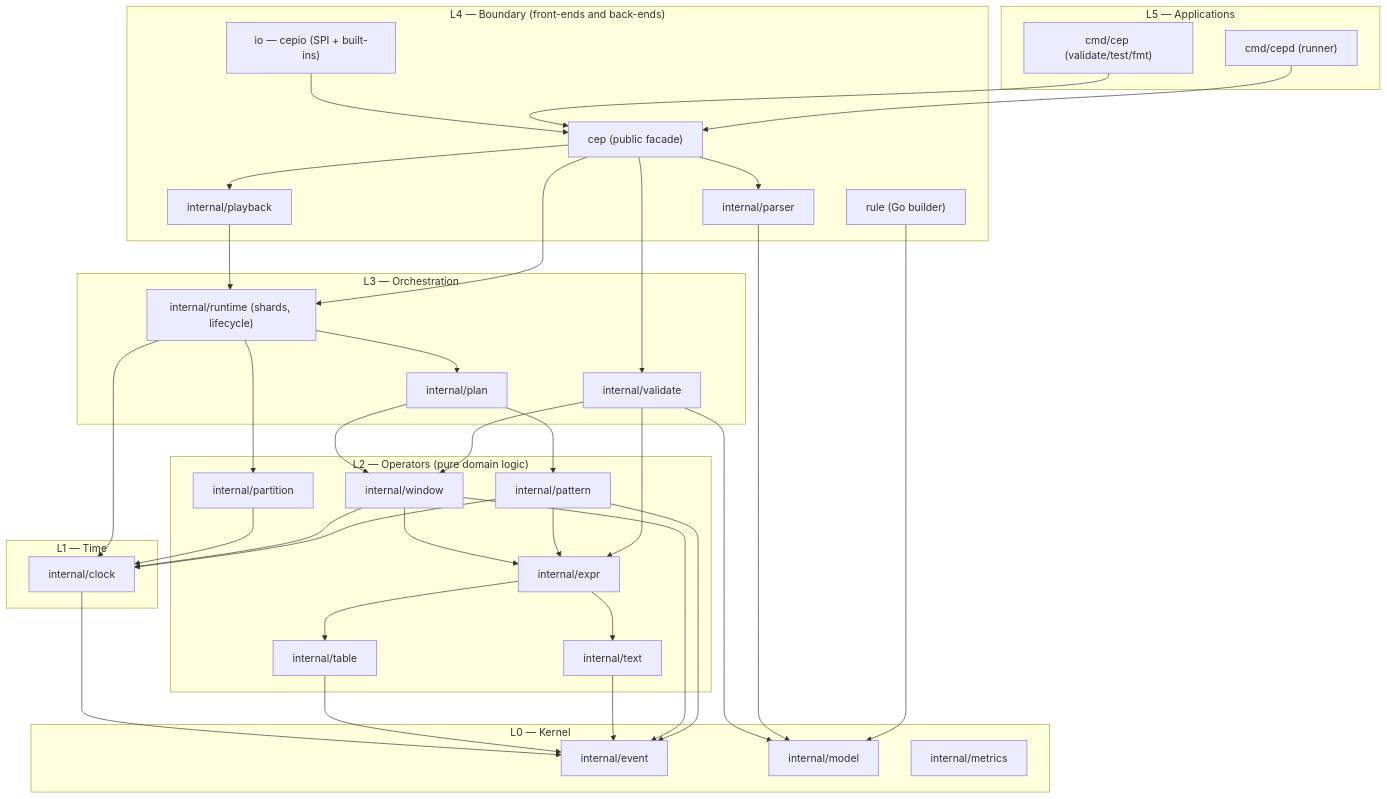
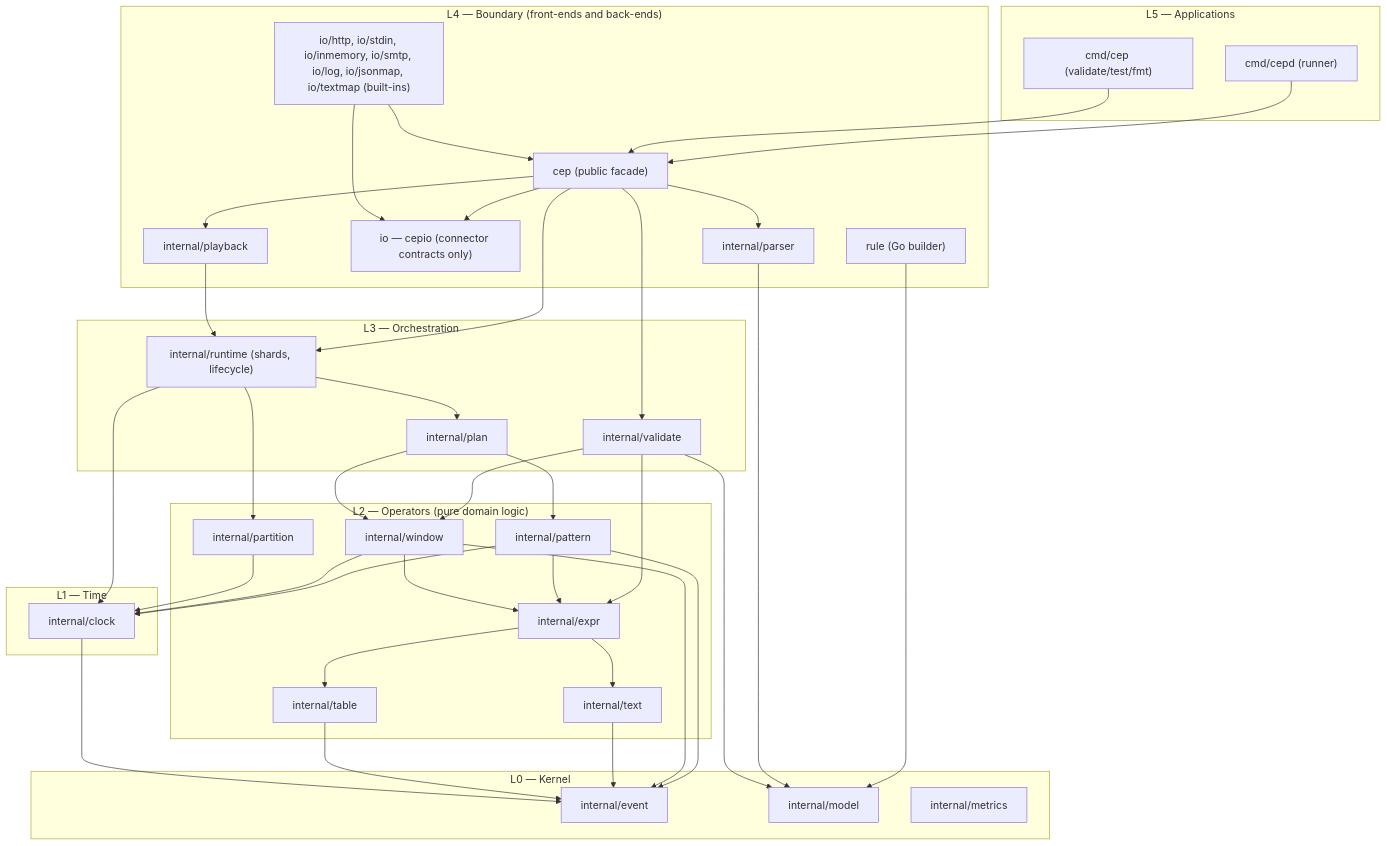
The second of 6 diagrams in docs/architecture/ARCHITECTURE.md (VORSAR/cep), drawn with Mermaid before and after one commit. The commit also changed other lines of this file and 9 other files, not shown here.

````diff
--- a/docs/architecture/ARCHITECTURE.md
+++ b/docs/architecture/ARCHITECTURE.md
@@ -38,32 +38,32 @@
 ```mermaid
 graph TB
     subgraph "L5 — Applications"
         CEPD["cmd/cepd (runner)"]; CEPCLI["cmd/cep (validate/test/fmt)"]
     end
     subgraph "L4 — Boundary (front-ends and back-ends)"
-        PUB["cep (public facade)"]; RULEPKG["rule (Go builder)"]; IOPKG["io — cepio (SPI + built-ins)"]; PARSE["internal/parser"]; PLAYBACK["internal/playback"]
+        PUB["cep (public facade)"]; RULEPKG["rule (Go builder)"]; IOPKG["io — cepio (connector contracts only)"]; IOBUILT["io/http, io/stdin, io/inmemory, io/smtp, io/log, io/jsonmap, io/textmap (built-ins)"]; PARSE["internal/parser"]; PLAYBACK["internal/playback"]
     end
     subgraph "L3 — Orchestration"
         RUNTIME["internal/runtime (shards, lifecycle)"]; PLANPKG["internal/plan"]; VALIDATE["internal/validate"]
     end
     subgraph "L2 — Operators (pure domain logic)"
         PATTERN["internal/pattern"]; WINDOW["internal/window"]; EXPR["internal/expr"]; TEXT["internal/text"]; TABLE["internal/table"]; PART["internal/partition"]
     end
     subgraph "L1 — Time"
         CLOCK["internal/clock"]
     end
     subgraph "L0 — Kernel"
         EVENT["internal/event"]; MODEL["internal/model"]; METRICS["internal/metrics"]
     end
     CEPD --> PUB; CEPCLI --> PUB
     PUB --> RUNTIME; PUB --> PARSE; PUB --> VALIDATE; PUB --> PLAYBACK
     RULEPKG --> MODEL; PARSE --> MODEL
-    IOPKG --> PUB
+    PUB --> IOPKG; IOBUILT --> PUB; IOBUILT --> IOPKG
     PLAYBACK --> RUNTIME; VALIDATE --> WINDOW; VALIDATE --> EXPR
     PATTERN --> EXPR; WINDOW --> EXPR; EXPR --> TEXT; EXPR --> TABLE
     RUNTIME --> PLANPKG; RUNTIME --> CLOCK; RUNTIME --> PART
     PLANPKG --> PATTERN; PLANPKG --> WINDOW; VALIDATE --> MODEL
     PATTERN --> CLOCK; WINDOW --> CLOCK; PART --> CLOCK
     PATTERN --> EVENT; WINDOW --> EVENT; TEXT --> EVENT; TABLE --> EVENT
     CLOCK --> EVENT
 ```
````
